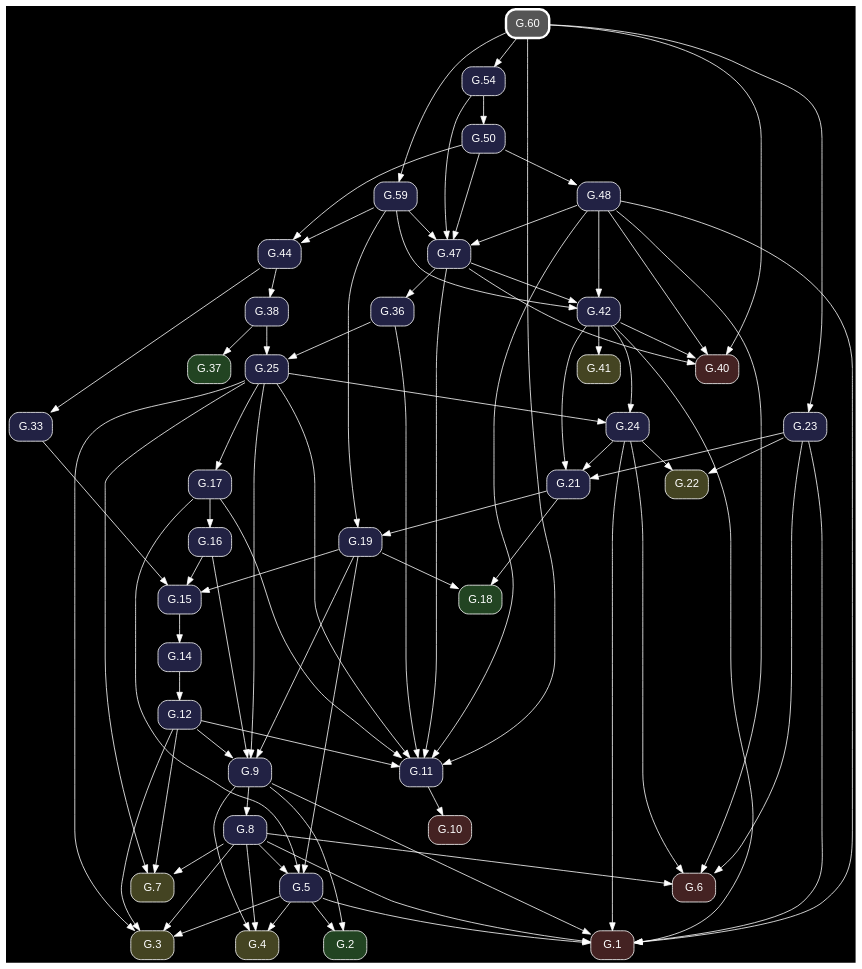
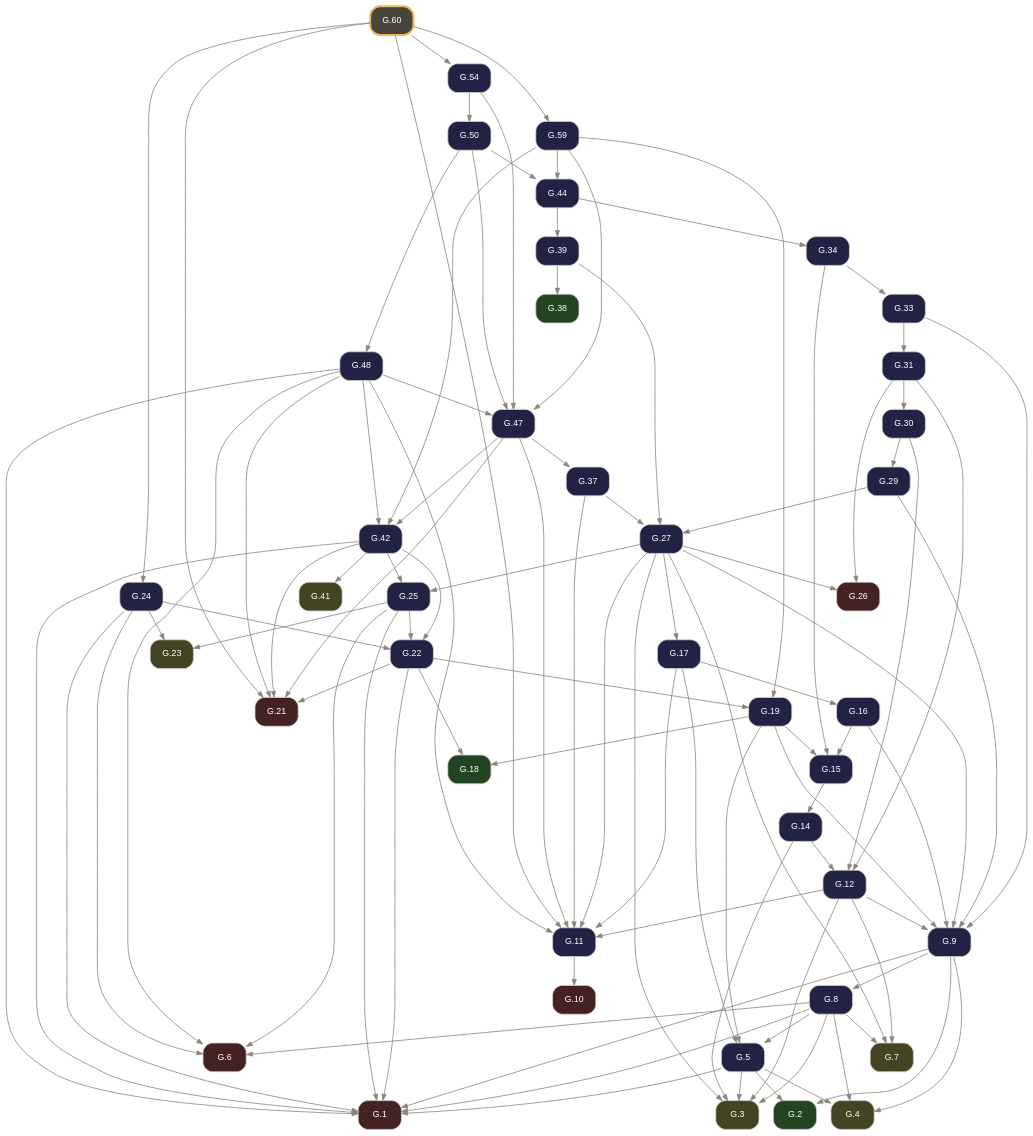
Before and after one commit to geometor/elements: the diagram in docsrc/elements2/G.60/index.rst, drawn with Graphviz. The commit also changed other lines of this file and 261 other files, not shown here.

Commit message:
feat: rebuild Elements 2.0 G-Index pipeline from composed Euclid Heath edition (v0.3.0)

```diff
--- a/docsrc/elements2/G.60/index.rst
+++ b/docsrc/elements2/G.60/index.rst
@@ -101,127 +101,146 @@
 .. graphviz::
 
    digraph {
-     bgcolor="black";
-     node [shape=box, style="rounded,filled", fontname="Helvetica", color="white", fontcolor="white"];
-     edge [color="white", fontcolor="white"];
+     bgcolor="transparent";
+     node [shape=box, style="rounded,filled", fontname="Helvetica", fontsize=11, color="#d6d3cd", fontcolor="#ffffff"];
+     edge [color="#8c857b", fontcolor="#8c857b", arrowsize=0.75];
      rankdir="TB";
-     "G.50" [label="G.50", fillcolor="#222244", URL="/elements2/G.50/", target="_top"];
-     "G.19" [label="G.19", fillcolor="#222244", URL="/elements2/G.19/", target="_top"];
-     "G.21" [label="G.21", fillcolor="#222244", URL="/elements2/G.21/", target="_top"];
-     "G.24" [label="G.24", fillcolor="#222244", URL="/elements2/G.24/", target="_top"];
-     "G.10" [label="G.10", fillcolor="#442222", URL="/elements2/G.10/", target="_top"];
-     "G.42" [label="G.42", fillcolor="#222244", URL="/elements2/G.42/", target="_top"];
-     "G.3" [label="G.3", fillcolor="#444422", URL="/elements2/G.3/", target="_top"];
-     "G.15" [label="G.15", fillcolor="#222244", URL="/elements2/G.15/", target="_top"];
-     "G.17" [label="G.17", fillcolor="#222244", URL="/elements2/G.17/", target="_top"];
-     "G.5" [label="G.5", fillcolor="#222244", URL="/elements2/G.5/", target="_top"];
-     "G.1" [label="G.1", fillcolor="#442222", URL="/elements2/G.1/", target="_top"];
-     "G.2" [label="G.2", fillcolor="#224422", URL="/elements2/G.2/", target="_top"];
-     "G.12" [label="G.12", fillcolor="#222244", URL="/elements2/G.12/", target="_top"];
-     "G.22" [label="G.22", fillcolor="#444422", URL="/elements2/G.22/", target="_top"];
-     "G.54" [label="G.54", fillcolor="#222244", URL="/elements2/G.54/", target="_top"];
-     "G.60" [label="G.60", penwidth=3, color="white", fillcolor="#555555", URL="/elements2/G.60/", target="_top"];
-     "G.8" [label="G.8", fillcolor="#222244", URL="/elements2/G.8/", target="_top"];
-     "G.25" [label="G.25", fillcolor="#222244", URL="/elements2/G.25/", target="_top"];
-     "G.18" [label="G.18", fillcolor="#224422", URL="/elements2/G.18/", target="_top"];
-     "G.59" [label="G.59", fillcolor="#222244", URL="/elements2/G.59/", target="_top"];
-     "G.40" [label="G.40", fillcolor="#442222", URL="/elements2/G.40/", target="_top"];
-     "G.4" [label="G.4", fillcolor="#444422", URL="/elements2/G.4/", target="_top"];
-     "G.16" [label="G.16", fillcolor="#222244", URL="/elements2/G.16/", target="_top"];
-     "G.6" [label="G.6", fillcolor="#442222", URL="/elements2/G.6/", target="_top"];
-     "G.38" [label="G.38", fillcolor="#222244", URL="/elements2/G.38/", target="_top"];
-     "G.48" [label="G.48", fillcolor="#222244", URL="/elements2/G.48/", target="_top"];
-     "G.7" [label="G.7", fillcolor="#444422", URL="/elements2/G.7/", target="_top"];
-     "G.23" [label="G.23", fillcolor="#222244", URL="/elements2/G.23/", target="_top"];
-     "G.41" [label="G.41", fillcolor="#444422", URL="/elements2/G.41/", target="_top"];
-     "G.14" [label="G.14", fillcolor="#222244", URL="/elements2/G.14/", target="_top"];
-     "G.36" [label="G.36", fillcolor="#222244", URL="/elements2/G.36/", target="_top"];
-     "G.9" [label="G.9", fillcolor="#222244", URL="/elements2/G.9/", target="_top"];
-     "G.37" [label="G.37", fillcolor="#224422", URL="/elements2/G.37/", target="_top"];
-     "G.11" [label="G.11", fillcolor="#222244", URL="/elements2/G.11/", target="_top"];
-     "G.44" [label="G.44", fillcolor="#222244", URL="/elements2/G.44/", target="_top"];
-     "G.33" [label="G.33", fillcolor="#222244", URL="/elements2/G.33/", target="_top"];
-     "G.47" [label="G.47", fillcolor="#222244", URL="/elements2/G.47/", target="_top"];
-     "G.54" -> "G.50";
-     "G.59" -> "G.19";
-     "G.21" -> "G.19";
-     "G.24" -> "G.21";
-     "G.23" -> "G.21";
-     "G.42" -> "G.21";
-     "G.25" -> "G.24";
-     "G.42" -> "G.24";
-     "G.11" -> "G.10";
-     "G.47" -> "G.42";
-     "G.59" -> "G.42";
-     "G.48" -> "G.42";
+     "G.1" [label="G.1", tooltip="G.1 (I.cn.1)", fillcolor="#442222", URL="../G.1/index.html", target="_top"];
+     "G.2" [label="G.2", tooltip="G.2 (I.def.15)", fillcolor="#224422", URL="../G.2/index.html", target="_top"];
+     "G.3" [label="G.3", tooltip="G.3 (I.post.1)", fillcolor="#444422", URL="../G.3/index.html", target="_top"];
+     "G.4" [label="G.4", tooltip="G.4 (I.post.3)", fillcolor="#444422", URL="../G.4/index.html", target="_top"];
+     "G.5" [label="G.5", tooltip="G.5 (I.1)", fillcolor="#222244", URL="../G.5/index.html", target="_top"];
+     "G.6" [label="G.6", tooltip="G.6 (I.cn.3)", fillcolor="#442222", URL="../G.6/index.html", target="_top"];
+     "G.7" [label="G.7", tooltip="G.7 (I.post.2)", fillcolor="#444422", URL="../G.7/index.html", target="_top"];
+     "G.8" [label="G.8", tooltip="G.8 (I.2)", fillcolor="#222244", URL="../G.8/index.html", target="_top"];
+     "G.9" [label="G.9", tooltip="G.9 (I.3)", fillcolor="#222244", URL="../G.9/index.html", target="_top"];
+     "G.10" [label="G.10", tooltip="G.10 (I.cn.4)", fillcolor="#442222", URL="../G.10/index.html", target="_top"];
+     "G.11" [label="G.11", tooltip="G.11 (I.4)", fillcolor="#222244", URL="../G.11/index.html", target="_top"];
+     "G.12" [label="G.12", tooltip="G.12 (I.5)", fillcolor="#222244", URL="../G.12/index.html", target="_top"];
+     "G.14" [label="G.14", tooltip="G.14 (I.7)", fillcolor="#222244", URL="../G.14/index.html", target="_top"];
+     "G.15" [label="G.15", tooltip="G.15 (I.8)", fillcolor="#222244", URL="../G.15/index.html", target="_top"];
+     "G.16" [label="G.16", tooltip="G.16 (I.9)", fillcolor="#222244", URL="../G.16/index.html", target="_top"];
+     "G.17" [label="G.17", tooltip="G.17 (I.10)", fillcolor="#222244", URL="../G.17/index.html", target="_top"];
+     "G.18" [label="G.18", tooltip="G.18 (I.def.10)", fillcolor="#224422", URL="../G.18/index.html", target="_top"];
+     "G.19" [label="G.19", tooltip="G.19 (I.11)", fillcolor="#222244", URL="../G.19/index.html", target="_top"];
+     "G.21" [label="G.21", tooltip="G.21 (I.cn.2)", fillcolor="#442222", URL="../G.21/index.html", target="_top"];
+     "G.22" [label="G.22", tooltip="G.22 (I.13)", fillcolor="#222244", URL="../G.22/index.html", target="_top"];
+     "G.23" [label="G.23", tooltip="G.23 (I.post.4)", fillcolor="#444422", URL="../G.23/index.html", target="_top"];
+     "G.24" [label="G.24", tooltip="G.24 (I.14)", fillcolor="#222244", URL="../G.24/index.html", target="_top"];
+     "G.25" [label="G.25", tooltip="G.25 (I.15)", fillcolor="#222244", URL="../G.25/index.html", target="_top"];
+     "G.26" [label="G.26", tooltip="G.26 (I.cn.5)", fillcolor="#442222", URL="../G.26/index.html", target="_top"];
+     "G.27" [label="G.27", tooltip="G.27 (I.16)", fillcolor="#222244", URL="../G.27/index.html", target="_top"];
+     "G.29" [label="G.29", tooltip="G.29 (I.18)", fillcolor="#222244", URL="../G.29/index.html", target="_top"];
+     "G.30" [label="G.30", tooltip="G.30 (I.19)", fillcolor="#222244", URL="../G.30/index.html", target="_top"];
+     "G.31" [label="G.31", tooltip="G.31 (I.20)", fillcolor="#222244", URL="../G.31/index.html", target="_top"];
+     "G.33" [label="G.33", tooltip="G.33 (I.22)", fillcolor="#222244", URL="../G.33/index.html", target="_top"];
+     "G.34" [label="G.34", tooltip="G.34 (I.23)", fillcolor="#222244", URL="../G.34/index.html", target="_top"];
+     "G.37" [label="G.37", tooltip="G.37 (I.26)", fillcolor="#222244", URL="../G.37/index.html", target="_top"];
+     "G.38" [label="G.38", tooltip="G.38 (I.def.23)", fillcolor="#224422", URL="../G.38/index.html", target="_top"];
+     "G.39" [label="G.39", tooltip="G.39 (I.27)", fillcolor="#222244", URL="../G.39/index.html", target="_top"];
+     "G.41" [label="G.41", tooltip="G.41 (I.post.5)", fillcolor="#444422", URL="../G.41/index.html", target="_top"];
+     "G.42" [label="G.42", tooltip="G.42 (I.29)", fillcolor="#222244", URL="../G.42/index.html", target="_top"];
+     "G.44" [label="G.44", tooltip="G.44 (I.31)", fillcolor="#222244", URL="../G.44/index.html", target="_top"];
+     "G.47" [label="G.47", tooltip="G.47 (I.34)", fillcolor="#222244", URL="../G.47/index.html", target="_top"];
+     "G.48" [label="G.48", tooltip="G.48 (I.35)", fillcolor="#222244", URL="../G.48/index.html", target="_top"];
+     "G.50" [label="G.50", tooltip="G.50 (I.37)", fillcolor="#222244", URL="../G.50/index.html", target="_top"];
+     "G.54" [label="G.54", tooltip="G.54 (I.41)", fillcolor="#222244", URL="../G.54/index.html", target="_top"];
+     "G.59" [label="G.59", tooltip="G.59 (I.46)", fillcolor="#222244", URL="../G.59/index.html", target="_top"];
+     "G.60" [label="G.60", tooltip="G.60 (I.47)", penwidth=2.5, color="#e8b85a", fillcolor="#4a453b", URL="index.html", target="_top"];
+     "G.5" -> "G.1";
+     "G.8" -> "G.1";
+     "G.9" -> "G.1";
+     "G.22" -> "G.1";
+     "G.24" -> "G.1";
+     "G.25" -> "G.1";
+     "G.42" -> "G.1";
+     "G.48" -> "G.1";
+     "G.5" -> "G.2";
+     "G.9" -> "G.2";
      "G.5" -> "G.3";
-     "G.25" -> "G.3";
      "G.8" -> "G.3";
      "G.12" -> "G.3";
-     "G.19" -> "G.15";
-     "G.16" -> "G.15";
-     "G.33" -> "G.15";
-     "G.25" -> "G.17";
-     "G.19" -> "G.5";
-     "G.8" -> "G.5";
-     "G.17" -> "G.5";
-     "G.5" -> "G.1";
-     "G.24" -> "G.1";
-     "G.48" -> "G.1";
-     "G.8" -> "G.1";
-     "G.23" -> "G.1";
-     "G.42" -> "G.1";
-     "G.9" -> "G.1";
-     "G.5" -> "G.2";
-     "G.9" -> "G.2";
-     "G.14" -> "G.12";
-     "G.24" -> "G.22";
-     "G.23" -> "G.22";
-     "G.60" -> "G.54";
-     "G.9" -> "G.8";
-     "G.36" -> "G.25";
-     "G.38" -> "G.25";
-     "G.19" -> "G.18";
-     "G.21" -> "G.18";
-     "G.60" -> "G.59";
-     "G.47" -> "G.40";
-     "G.48" -> "G.40";
-     "G.60" -> "G.40";
-     "G.42" -> "G.40";
+     "G.14" -> "G.3";
+     "G.27" -> "G.3";
      "G.5" -> "G.4";
      "G.8" -> "G.4";
      "G.9" -> "G.4";
-     "G.17" -> "G.16";
+     "G.8" -> "G.5";
+     "G.17" -> "G.5";
+     "G.19" -> "G.5";
+     "G.8" -> "G.6";
      "G.24" -> "G.6";
+     "G.25" -> "G.6";
      "G.48" -> "G.6";
-     "G.8" -> "G.6";
-     "G.23" -> "G.6";
-     "G.44" -> "G.38";
-     "G.50" -> "G.48";
-     "G.25" -> "G.7";
      "G.8" -> "G.7";
      "G.12" -> "G.7";
-     "G.60" -> "G.23";
-     "G.42" -> "G.41";
-     "G.15" -> "G.14";
-     "G.47" -> "G.36";
+     "G.27" -> "G.7";
+     "G.9" -> "G.8";
+     "G.12" -> "G.9";
+     "G.16" -> "G.9";
      "G.19" -> "G.9";
-     "G.25" -> "G.9";
-     "G.16" -> "G.9";
-     "G.12" -> "G.9";
-     "G.38" -> "G.37";
-     "G.36" -> "G.11";
+     "G.27" -> "G.9";
+     "G.29" -> "G.9";
+     "G.33" -> "G.9";
+     "G.11" -> "G.10";
+     "G.12" -> "G.11";
+     "G.17" -> "G.11";
+     "G.27" -> "G.11";
+     "G.37" -> "G.11";
      "G.47" -> "G.11";
      "G.48" -> "G.11";
-     "G.25" -> "G.11";
      "G.60" -> "G.11";
-     "G.17" -> "G.11";
-     "G.12" -> "G.11";
+     "G.14" -> "G.12";
+     "G.30" -> "G.12";
+     "G.31" -> "G.12";
+     "G.15" -> "G.14";
+     "G.16" -> "G.15";
+     "G.19" -> "G.15";
+     "G.34" -> "G.15";
+     "G.17" -> "G.16";
+     "G.27" -> "G.17";
+     "G.19" -> "G.18";
+     "G.22" -> "G.18";
+     "G.22" -> "G.19";
+     "G.59" -> "G.19";
+     "G.22" -> "G.21";
+     "G.42" -> "G.21";
+     "G.47" -> "G.21";
+     "G.48" -> "G.21";
+     "G.60" -> "G.21";
+     "G.24" -> "G.22";
+     "G.25" -> "G.22";
+     "G.42" -> "G.22";
+     "G.24" -> "G.23";
+     "G.25" -> "G.23";
+     "G.60" -> "G.24";
+     "G.27" -> "G.25";
+     "G.42" -> "G.25";
+     "G.27" -> "G.26";
+     "G.31" -> "G.26";
+     "G.29" -> "G.27";
+     "G.37" -> "G.27";
+     "G.39" -> "G.27";
+     "G.30" -> "G.29";
+     "G.31" -> "G.30";
+     "G.33" -> "G.31";
+     "G.34" -> "G.33";
+     "G.44" -> "G.34";
+     "G.47" -> "G.37";
+     "G.39" -> "G.38";
+     "G.44" -> "G.39";
+     "G.42" -> "G.41";
+     "G.47" -> "G.42";
+     "G.48" -> "G.42";
+     "G.59" -> "G.42";
+     "G.50" -> "G.44";
      "G.59" -> "G.44";
-     "G.50" -> "G.44";
-     "G.44" -> "G.33";
-     "G.59" -> "G.47";
-     "G.54" -> "G.47";
      "G.48" -> "G.47";
      "G.50" -> "G.47";
+     "G.54" -> "G.47";
+     "G.59" -> "G.47";
+     "G.50" -> "G.48";
+     "G.54" -> "G.50";
+     "G.60" -> "G.54";
+     "G.60" -> "G.59";
    }
```
